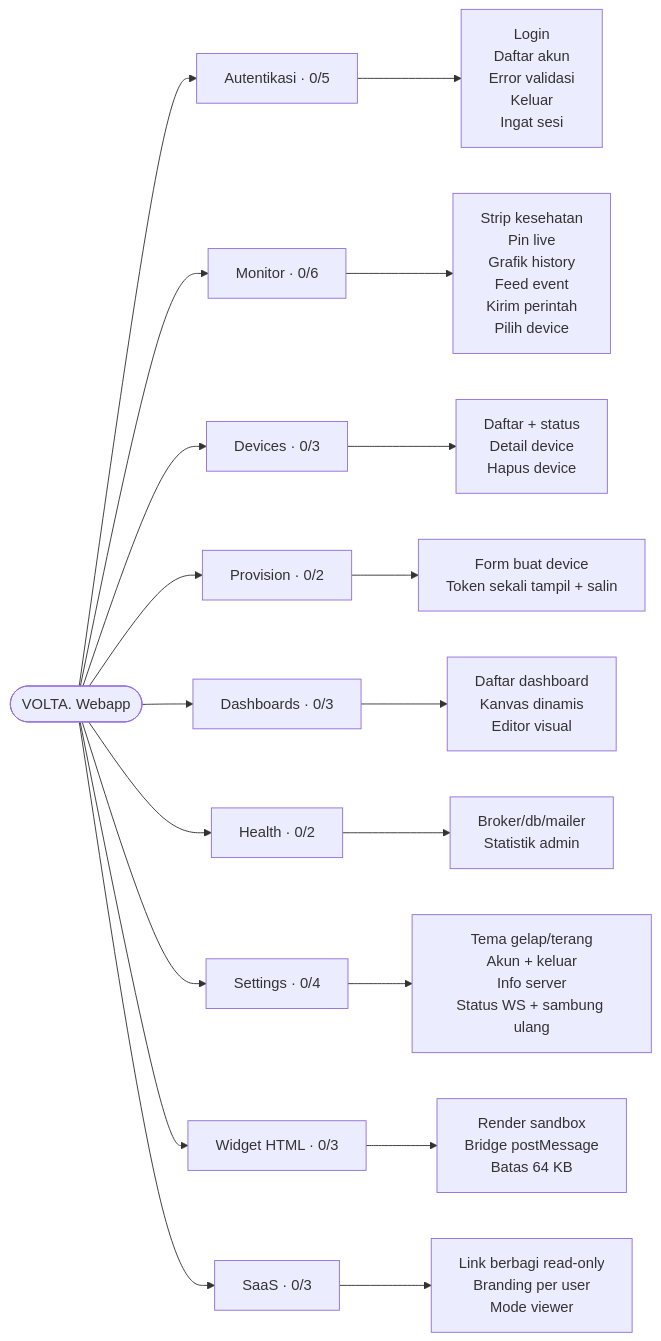
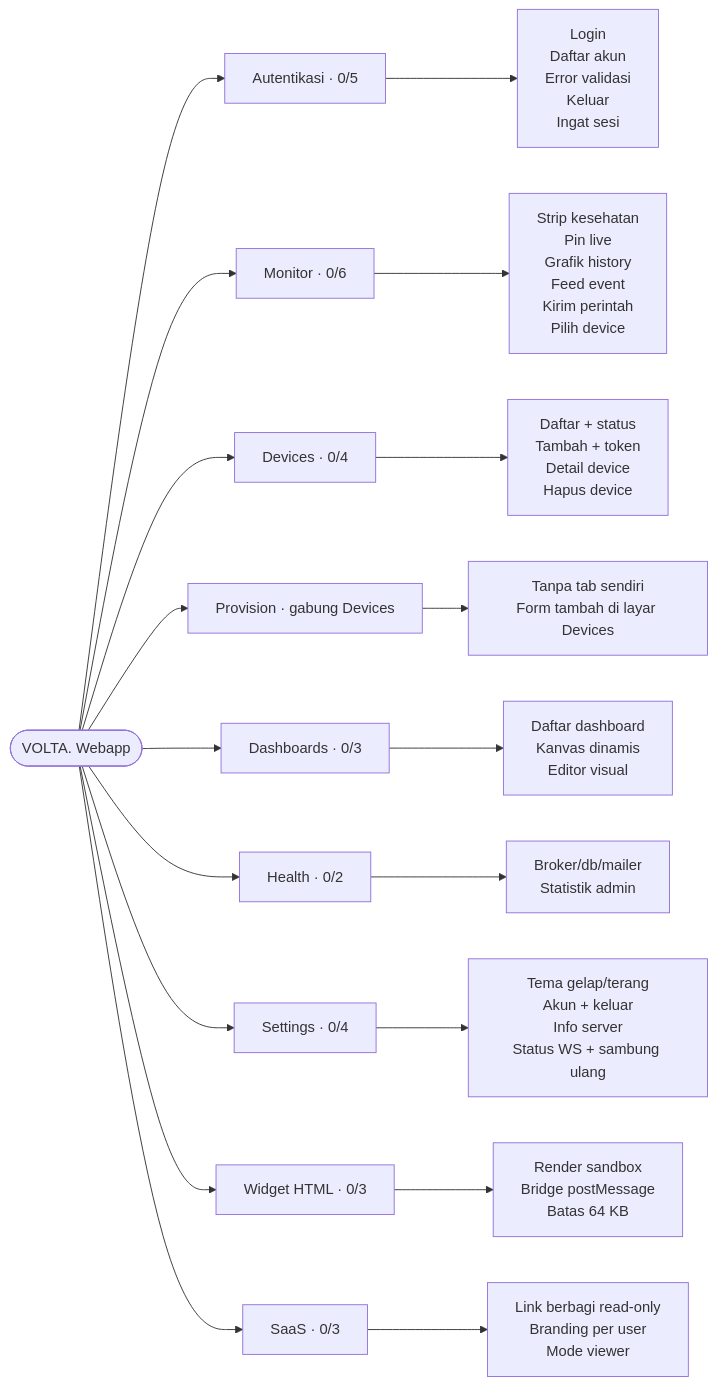
The second of 2 diagrams in tasks/plan-webapp.md (Andrisetianabrata/volta-IoT), drawn with Mermaid before and after one commit. The commit also changed other lines of this file and 56 other files, not shown here.

First line of the commit message:
feat(webapp): shell Open plane, Devices gabung, kanvas multi-device, seed demo

````diff
--- a/tasks/plan-webapp.md
+++ b/tasks/plan-webapp.md
@@ -130,14 +129,14 @@
 ```mermaid
 flowchart LR
     ROOT(["VOLTA. Webapp"])
     ROOT --> F1 & F2 & F3 & F4 & F5 & F6 & F7 & F8 & F9
     F1["Autentikasi · 0/5"] --> S1["Login<br/>Daftar akun<br/>Error validasi<br/>Keluar<br/>Ingat sesi"]
     F2["Monitor · 0/6"] --> S2["Strip kesehatan<br/>Pin live<br/>Grafik history<br/>Feed event<br/>Kirim perintah<br/>Pilih device"]
-    F3["Devices · 0/3"] --> S3["Daftar + status<br/>Detail device<br/>Hapus device"]
-    F4["Provision · 0/2"] --> S4["Form buat device<br/>Token sekali tampil + salin"]
+    F3["Devices · 0/4"] --> S3["Daftar + status<br/>Tambah + token<br/>Detail device<br/>Hapus device"]
+    F4["Provision · gabung Devices"] --> S4["Tanpa tab sendiri<br/>Form tambah di layar Devices"]
     F5["Dashboards · 0/3"] --> S5["Daftar dashboard<br/>Kanvas dinamis<br/>Editor visual"]
     F6["Health · 0/2"] --> S6["Broker/db/mailer<br/>Statistik admin"]
     F7["Settings · 0/4"] --> S7["Tema gelap/terang<br/>Akun + keluar<br/>Info server<br/>Status WS + sambung ulang"]
     F8["Widget HTML · 0/3"] --> S8["Render sandbox<br/>Bridge postMessage<br/>Batas 64 KB"]
     F9["SaaS · 0/3"] --> S9["Link berbagi read-only<br/>Branding per user<br/>Mode viewer"]
 ```
````
